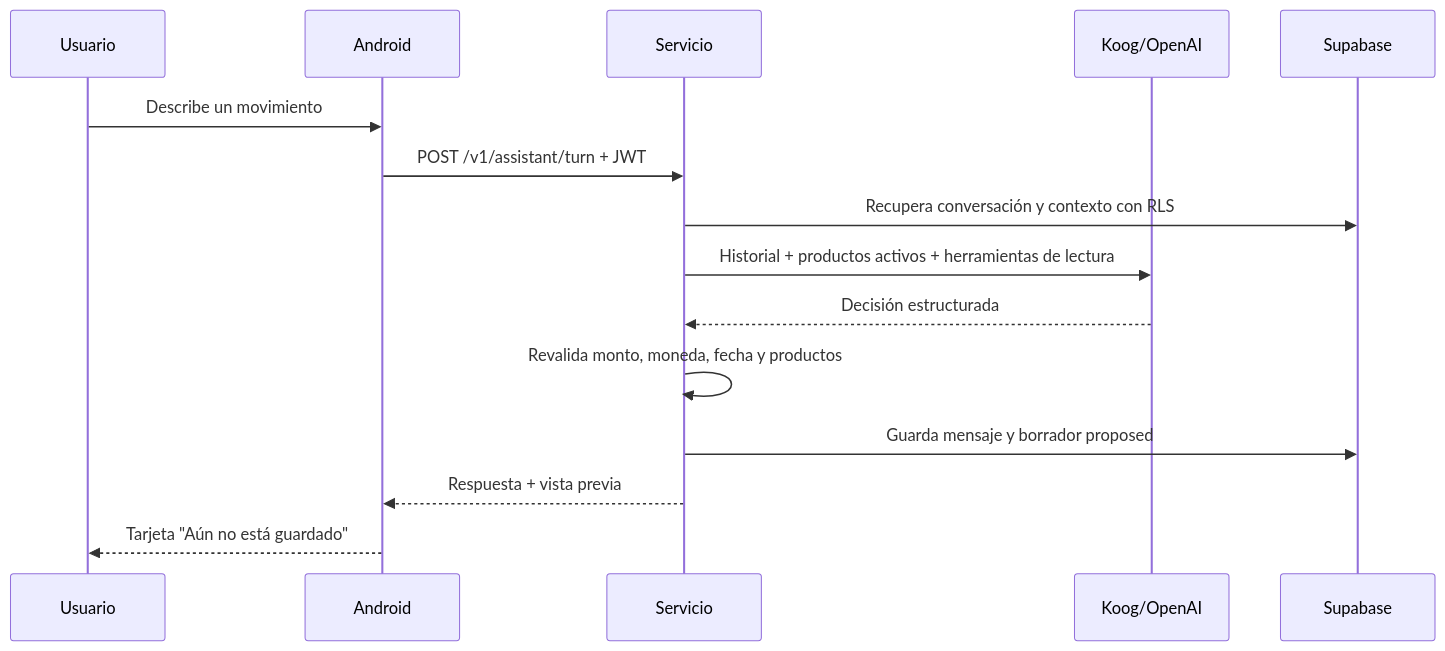
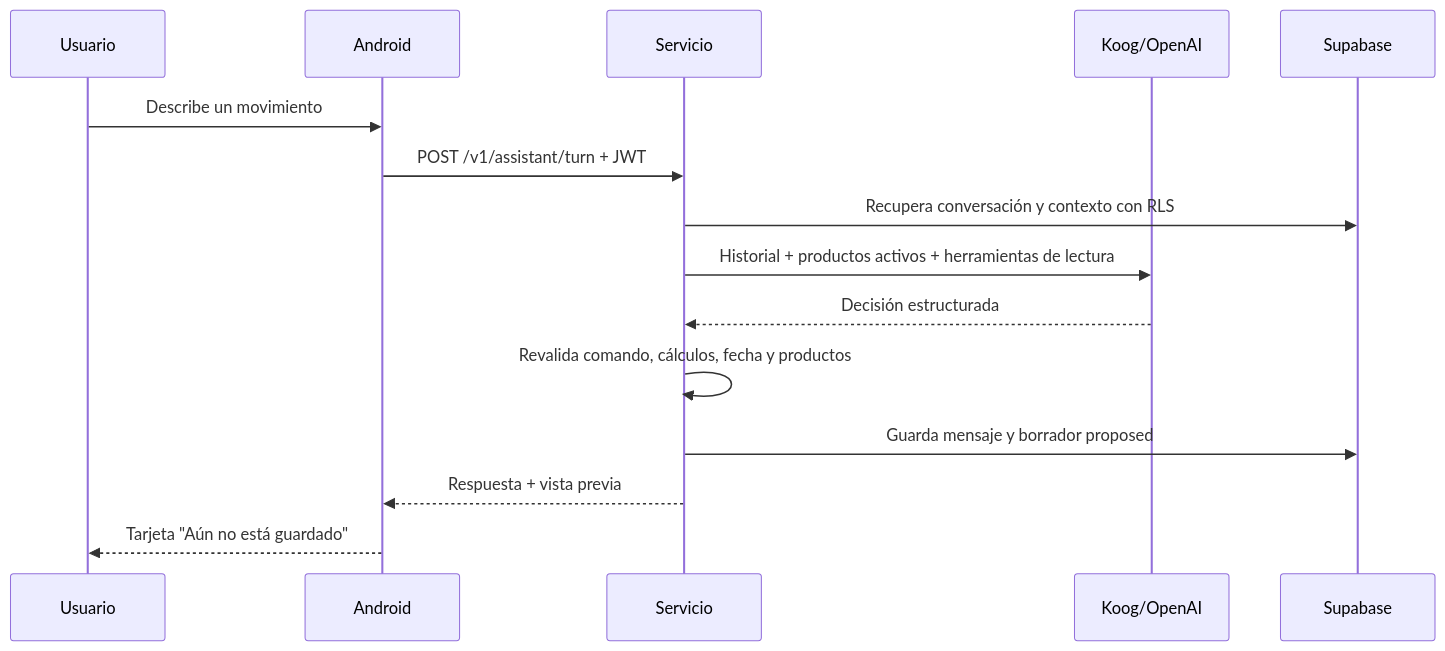
The diagram in docs/ASISTENTE_CHAT_TEXTO.md (Sebastian-jimenez30/PocketMind), drawn with Mermaid before and after one commit. The commit also changed other lines of this file and 11 other files, not shown here.

````diff
--- a/docs/ASISTENTE_CHAT_TEXTO.md
+++ b/docs/ASISTENTE_CHAT_TEXTO.md
@@ -39,18 +42,18 @@
 ```mermaid
 sequenceDiagram
     participant U as Usuario
     participant A as Android
     participant S as Servicio
     participant K as Koog/OpenAI
     participant DB as Supabase
 
     U->>A: Describe un movimiento
     A->>S: POST /v1/assistant/turn + JWT
     S->>DB: Recupera conversación y contexto con RLS
     S->>K: Historial + productos activos + herramientas de lectura
     K-->>S: Decisión estructurada
-    S->>S: Revalida monto, moneda, fecha y productos
+    S->>S: Revalida comando, cálculos, fecha y productos
     S->>DB: Guarda mensaje y borrador proposed
     S-->>A: Respuesta + vista previa
     A-->>U: Tarjeta "Aún no está guardado"
 ```
````
